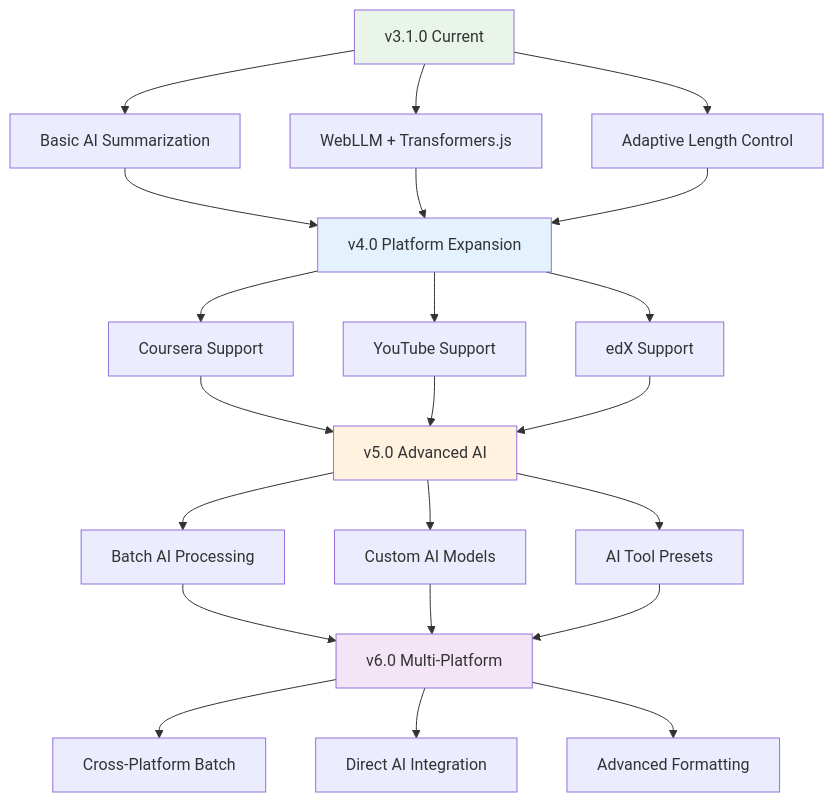
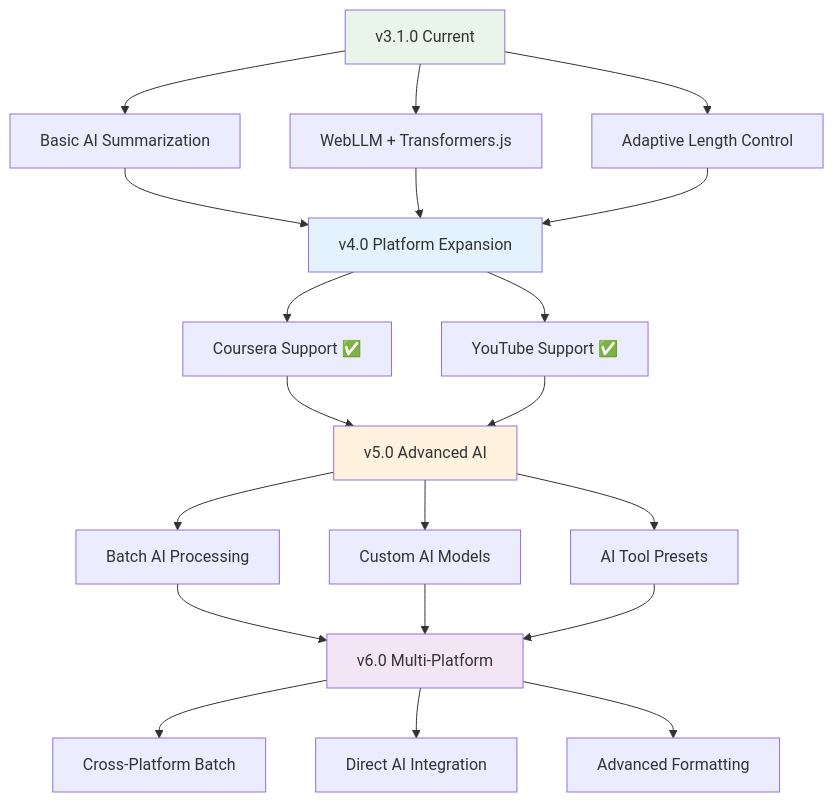
The eighth of 8 diagrams in README.md (pras-ops/udemy-transcript-extractor), drawn with Mermaid before and after one commit. The commit also changed other lines of this file and 25 other files, not shown here.

````diff
--- a/README.md
+++ b/README.md
@@ -513,35 +513,33 @@
 ```mermaid
 graph TD
     A[v3.1.0 Current] --> B[Basic AI Summarization]
     A --> C[WebLLM + Transformers.js]
     A --> D[Adaptive Length Control]
     
     B --> E[v4.0 Platform Expansion]
     C --> E
     D --> E
     
-    E --> F[Coursera Support]
-    E --> G[YouTube Support]
-    E --> H[edX Support]
+    E --> F[Coursera Support ✅]
+    E --> G[YouTube Support ✅]
     
     F --> I[v5.0 Advanced AI]
     G --> I
-    H --> I
     
     I --> J[Batch AI Processing]
     I --> K[Custom AI Models]
     I --> L[AI Tool Presets]
     
     J --> M[v6.0 Multi-Platform]
     K --> M
     L --> M
     
     M --> N[Cross-Platform Batch]
     M --> O[Direct AI Integration]
     M --> P[Advanced Formatting]
     
     style A fill:#e8f5e8
     style E fill:#e3f2fd
     style I fill:#fff3e0
     style M fill:#f3e5f5
 ```
````
